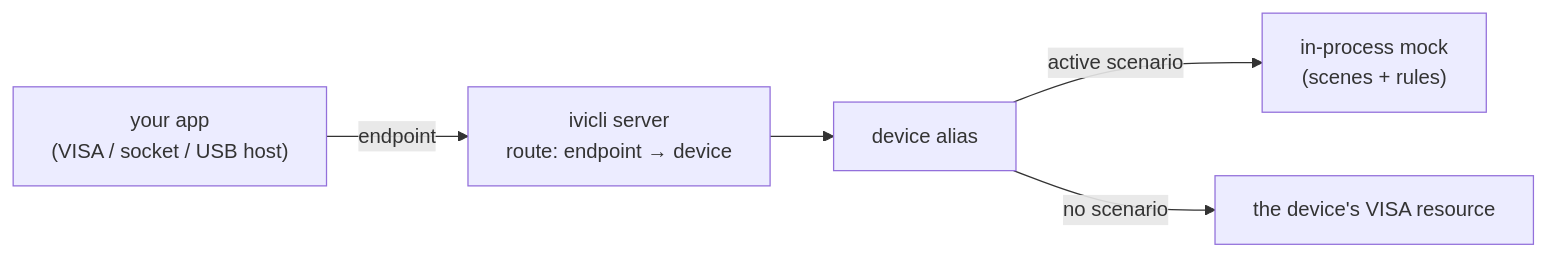
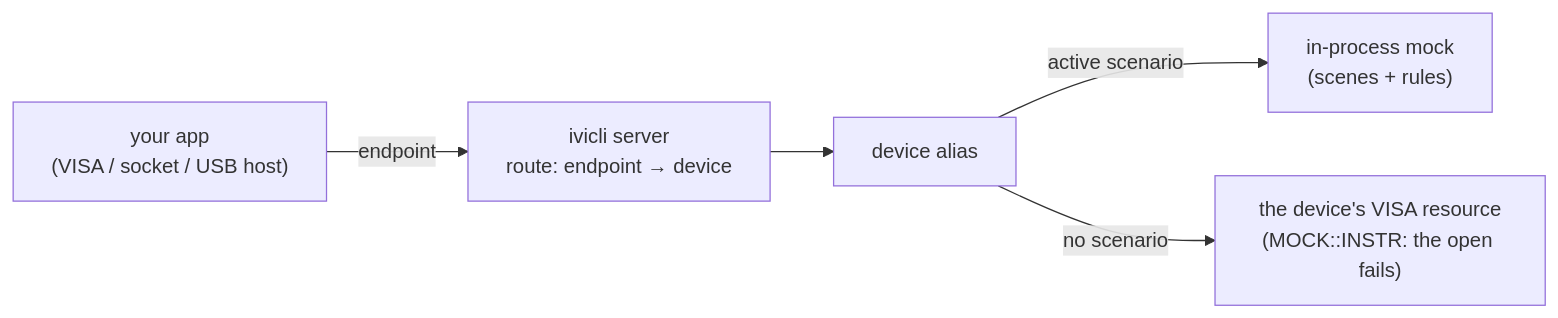
The diagram in docs/guides/mock-a-visa-instrument.md (ShortArrow/ivi-cli), drawn with Mermaid before and after one commit. The commit also changed other lines of this file and 5 other files, not shown here.

First line of the commit message:
docs: Document mock serve, mock unserve and MOCK::INSTR (#358)

````diff
--- a/docs/guides/mock-a-visa-instrument.md
+++ b/docs/guides/mock-a-visa-instrument.md
@@ -49,7 +53,7 @@
 ```mermaid
 flowchart LR
     client["your app<br/>(VISA / socket / USB host)"] -->|"endpoint"| server["ivicli server<br/>route: endpoint → device"]
     server --> device["device alias"]
     device -->|"active scenario"| mock["in-process mock<br/>(scenes + rules)"]
-    device -->|"no scenario"| real["the device's VISA resource"]
+    device -->|"no scenario"| real["the device's VISA resource<br/>(MOCK::INSTR: the open fails)"]
 ```
````
